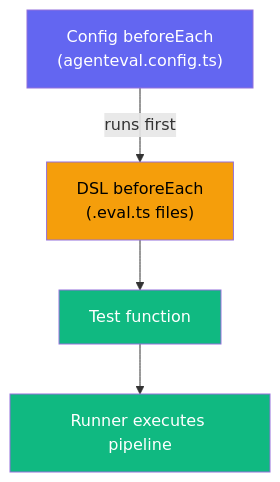
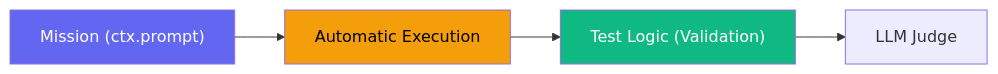
One commit to Tlahey/agent-eval changed the diagram in apps/docs/guide/declarative-pipeline.md. Above: the diagram before and after it, drawn with Mermaid. The commit also changed other lines of this file and 59 other files, not shown here.

````diff
--- a/apps/docs/guide/declarative-pipeline.md
+++ b/apps/docs/guide/declarative-pipeline.md
@@ -235,11 +7,10 @@
 ```mermaid
-flowchart TD
-    A["Config beforeEach<br/>(agenteval.config.ts)"] -->|runs first| B["DSL beforeEach<br/>(.eval.ts files)"]
-    B --> C["Test function"]
-    C --> D["Runner executes pipeline"]
+flowchart LR
+  A["Mission (ctx.prompt)"] --> B["Automatic Execution"]
+  B --> C["Test Logic (Validation)"]
+  C --> D["LLM Judge"]
 
-    style A fill:#6366f1,color:#fff
-    style B fill:#f59e0b,color:#000
-    style C fill:#10b981,color:#fff
-    style D fill:#10b981,color:#fff
+  style A fill:#6366f1,color:#fff
+  style B fill:#f59e0b,color:#000
+  style C fill:#10b981,color:#fff
 ```
````
